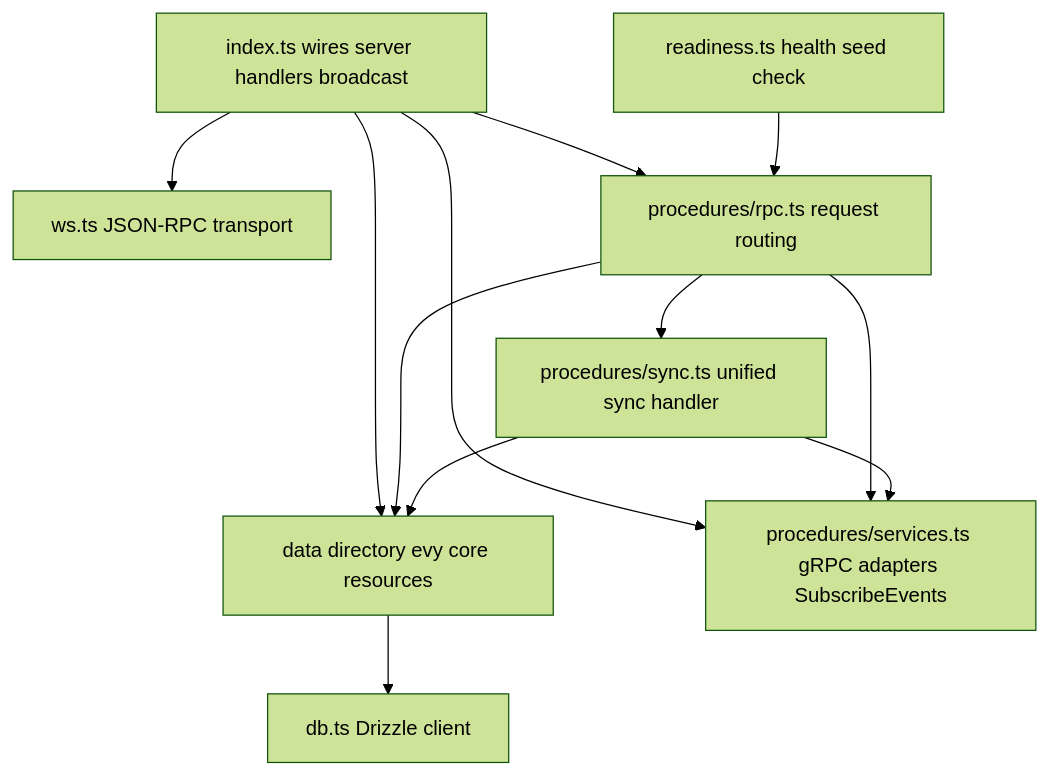
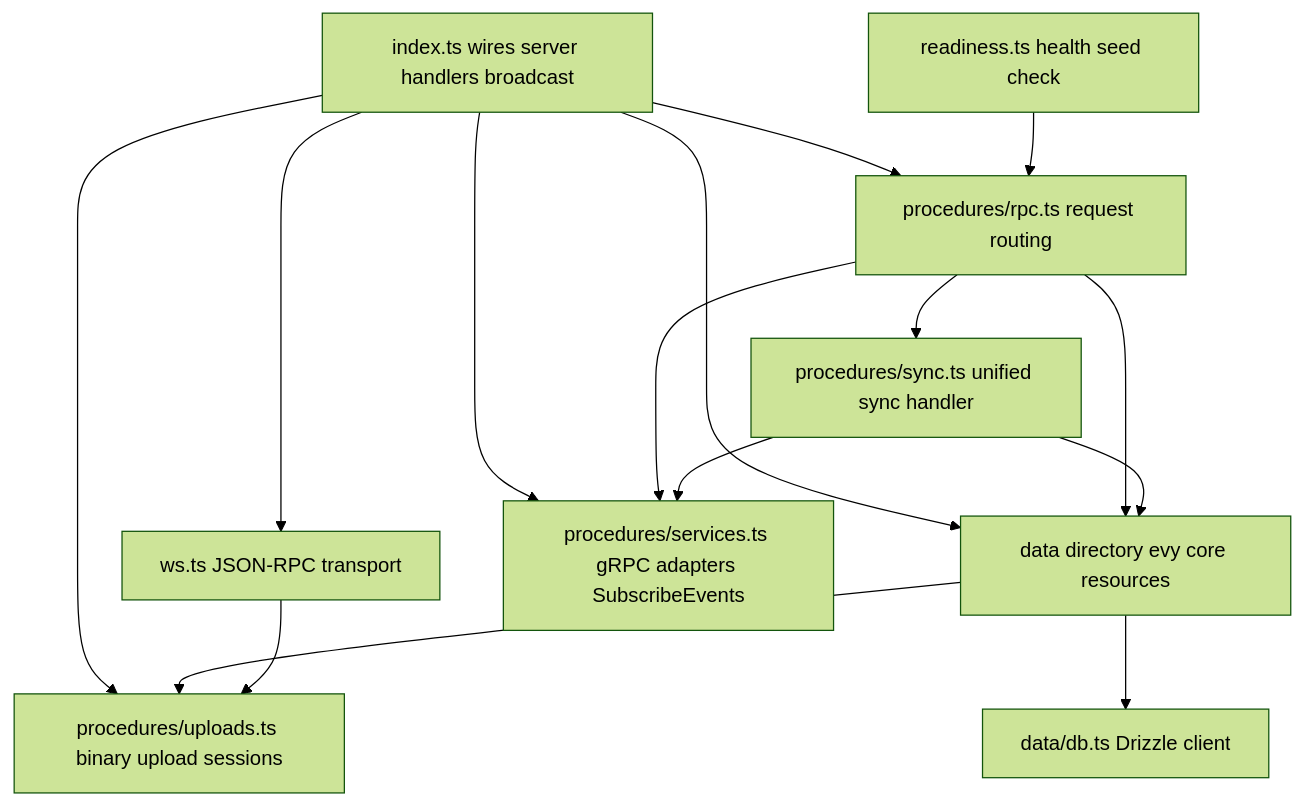
One commit to EVY-Platform/evy changed the third of 3 diagrams in api/README.md. Above: the diagram before and after it, drawn with Mermaid (forest theme). The commit also changed other lines of this file and 7 other files, not shown here.

````diff
--- a/api/README.md
+++ b/api/README.md
@@ -94,23 +89,27 @@
 ```mermaid
 flowchart TD
     index[index.ts wires server handlers broadcast]
     ws[ws.ts JSON-RPC transport]
     rpc[procedures/rpc.ts request routing]
     data[data directory evy core resources]
-    db[db.ts Drizzle client]
+    db[data/db.ts Drizzle client]
     services[procedures/services.ts gRPC adapters SubscribeEvents]
     sync[procedures/sync.ts unified sync handler]
+    uploads[procedures/uploads.ts binary upload sessions]
     readiness[readiness.ts health seed check]
 
     index --> ws
     index --> rpc
     index --> data
     index --> services
+    index --> uploads
     rpc --> data
     rpc --> services
     rpc --> sync
     data --> db
+    data --> uploads
+    ws --> uploads
     sync --> data
     sync --> services
     readiness --> rpc
 ```
````
